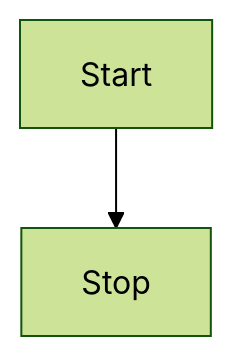
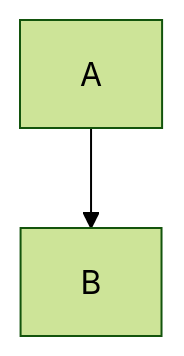
One commit to yiyutouxin/tangle5500.github.io changed the diagram in _posts/2222-2-22-常用.md. Above: the diagram before and after it, drawn with Mermaid (forest theme).

````diff
--- a/_posts/2222-2-22-常用.md
+++ b/_posts/2222-2-22-常用.md
@@ -14,4 +14,4 @@
-```mermaid
-graph TD
-    Start --> Stop
-```
+<div class="mermaid">
+    graph TD
+        A-->B
+</div>
````
